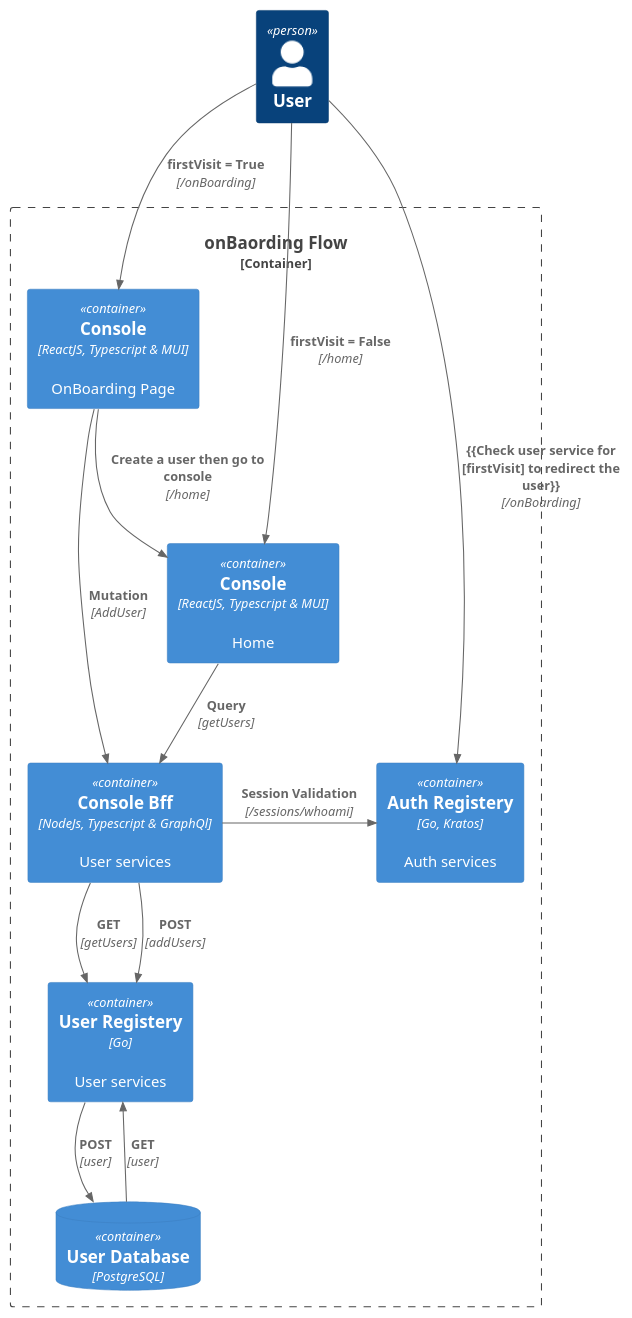
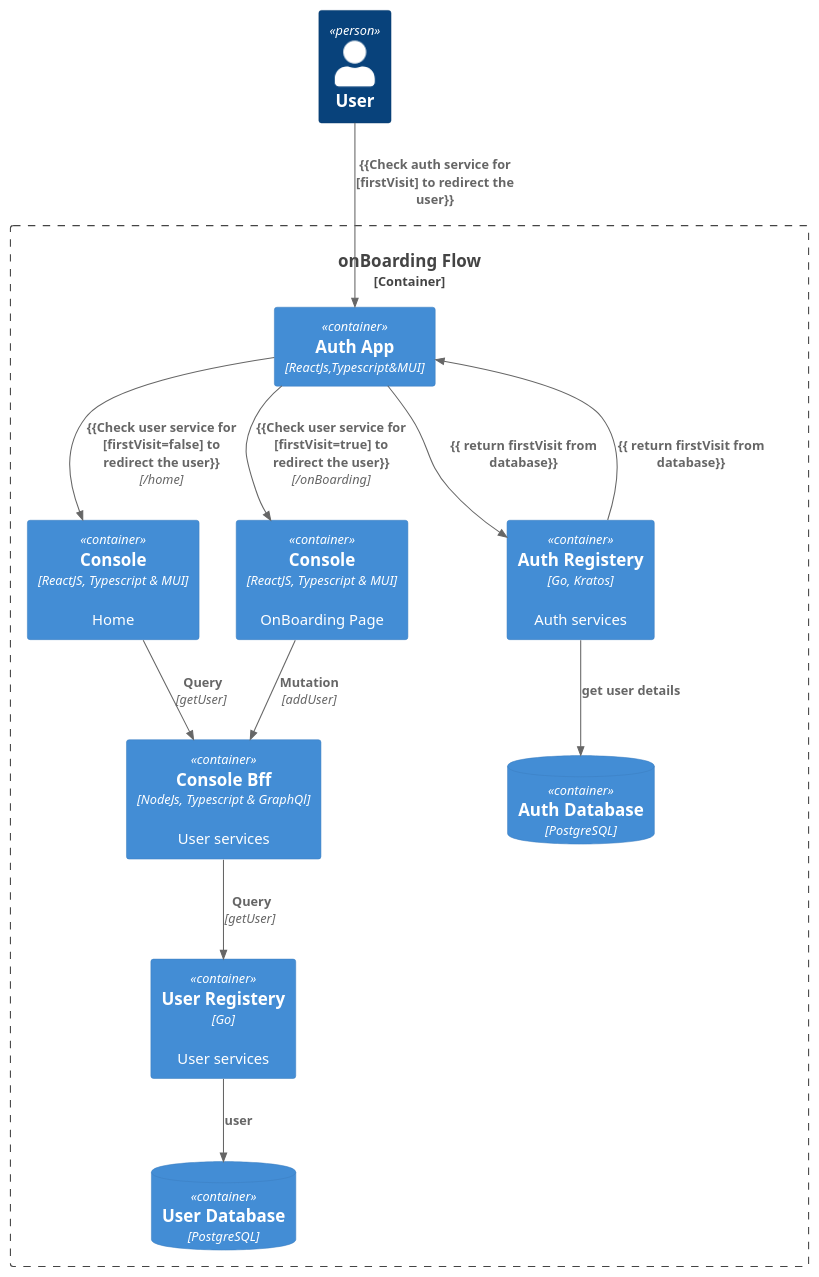
Before and after one commit to ukama/ukama: the diagram in interfaces/console/docs/Onboarding/OnBoarding.puml, drawn with PlantUML.

Commit message:
Database container connected to auth service

```diff
--- a/interfaces/console/docs/Onboarding/OnBoarding.puml
+++ b/interfaces/console/docs/Onboarding/OnBoarding.puml
@@ -1,25 +1,26 @@
 @startuml C4_Elements
 !include https://raw.githubusercontent.com/plantuml-stdlib/C4-PlantUML/master/C4_Container.puml
 
 Person(personAlias, "User")
-Container_Boundary(c1, "onBaording Flow") {
+Container_Boundary(c1, "onBoarding Flow") {
   
 Container(consoleAlias, "Console", "ReactJS, Typescript & MUI", "Home")
+Container(ukamaAuthAlias,"Auth App","ReactJs,Typescript&MUI")
+ContainerDb(KratosDataBaseAlias, "Auth Database","PostgreSQL")
 ContainerDb(DataBaseAlias, "User Database","PostgreSQL")
 Container(consoleOnBoardingAlias, "Console", "ReactJS, Typescript & MUI", "OnBoarding Page")
 Container(bffAlias, "Console Bff", "NodeJs, Typescript & GraphQl", "User services")
 Container(AuthAlias, "Auth Registery", "Go, Kratos", "Auth services")
 Container(cloudAlias, "User Registery", "Go", "User services")
-Rel(personAlias, AuthAlias, "{{Check user service for  [firstVisit] to redirect the user}}", "/onBoarding")
-Rel(personAlias, consoleOnBoardingAlias, "firstVisit = True", "/onBoarding")
-Rel(personAlias, consoleAlias, "firstVisit = False", "/home")
-Rel(consoleOnBoardingAlias, consoleAlias, "Create a user then go to console", "/home")
-Rel(consoleOnBoardingAlias, bffAlias, "Mutation", "AddUser")
-Rel(consoleAlias, bffAlias, "Query", "getUsers")
-Rel_R(bffAlias, AuthAlias, "Session Validation", "/sessions/whoami")
-Rel(bffAlias, cloudAlias, "GET", "getUsers")
-Rel(bffAlias, cloudAlias, "POST", "addUsers")
-Rel(cloudAlias, DataBaseAlias, "POST", "user")
-Rel(DataBaseAlias, cloudAlias, "GET", "user")
+Rel(personAlias, ukamaAuthAlias, "{{Check auth service for  [firstVisit] to redirect the user}}")
+Rel(ukamaAuthAlias, AuthAlias, "{{ return firstVisit from database}}")
+Rel( AuthAlias, ukamaAuthAlias, "{{ return firstVisit from database}}")
+Rel(ukamaAuthAlias, consoleOnBoardingAlias, "{{Check user service for  [firstVisit=true] to redirect the user}}", "/onBoarding")
+Rel( ukamaAuthAlias, consoleAlias, "{{Check user service for  [firstVisit=false] to redirect the user}}", "/home")
+Rel( AuthAlias, KratosDataBaseAlias, "get user details")
+Rel( consoleOnBoardingAlias, bffAlias, "Mutation","addUser")
+Rel( consoleAlias, bffAlias, " Query","getUser")
+Rel( bffAlias , cloudAlias, " Query","getUser")
+Rel(cloudAlias,DataBaseAlias,"user")
 }
 @enduml
```
